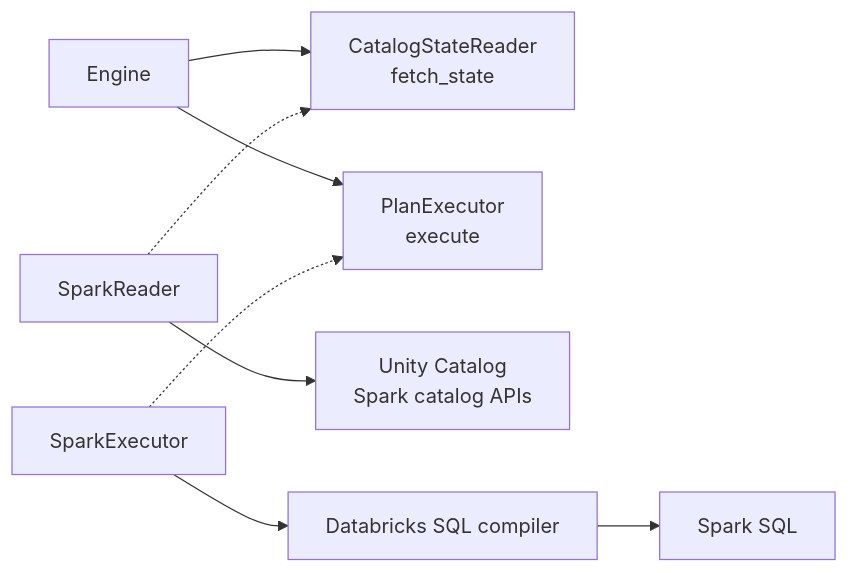
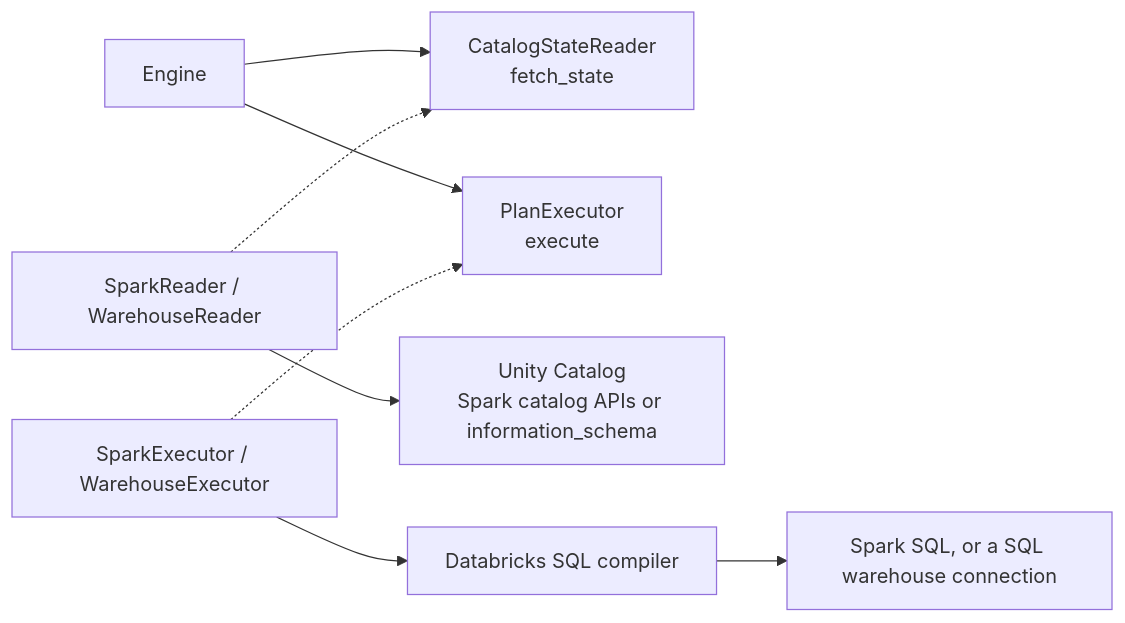
Before and after one commit to Tomoscorbin/delta-engine: the second of 5 diagrams in docs/explanation-architecture.md, drawn with Mermaid. The commit also changed other lines of this file and 3 other files, not shown here.

````diff
--- a/docs/explanation-architecture.md
+++ b/docs/explanation-architecture.md
@@ -88,19 +88,19 @@
 ```mermaid
 flowchart LR
     Engine[Engine]
     ReaderPort[CatalogStateReader<br/>fetch_state]
     ExecutorPort[PlanExecutor<br/>execute]
-    Reader[SparkReader]
-    Executor[SparkExecutor]
-    Catalog[Unity Catalog<br/>Spark catalog APIs]
+    Reader[SparkReader / WarehouseReader]
+    Executor[SparkExecutor / WarehouseExecutor]
+    Catalog[Unity Catalog<br/>Spark catalog APIs or information_schema]
     Compiler[Databricks SQL compiler]
-    Spark[Spark SQL]
+    Spark[Spark SQL, or a SQL warehouse connection]
 
     Engine --> ReaderPort
     Engine --> ExecutorPort
     Reader -.-> ReaderPort
     Executor -.-> ExecutorPort
     Reader --> Catalog
     Executor --> Compiler
     Compiler --> Spark
 ```
````
